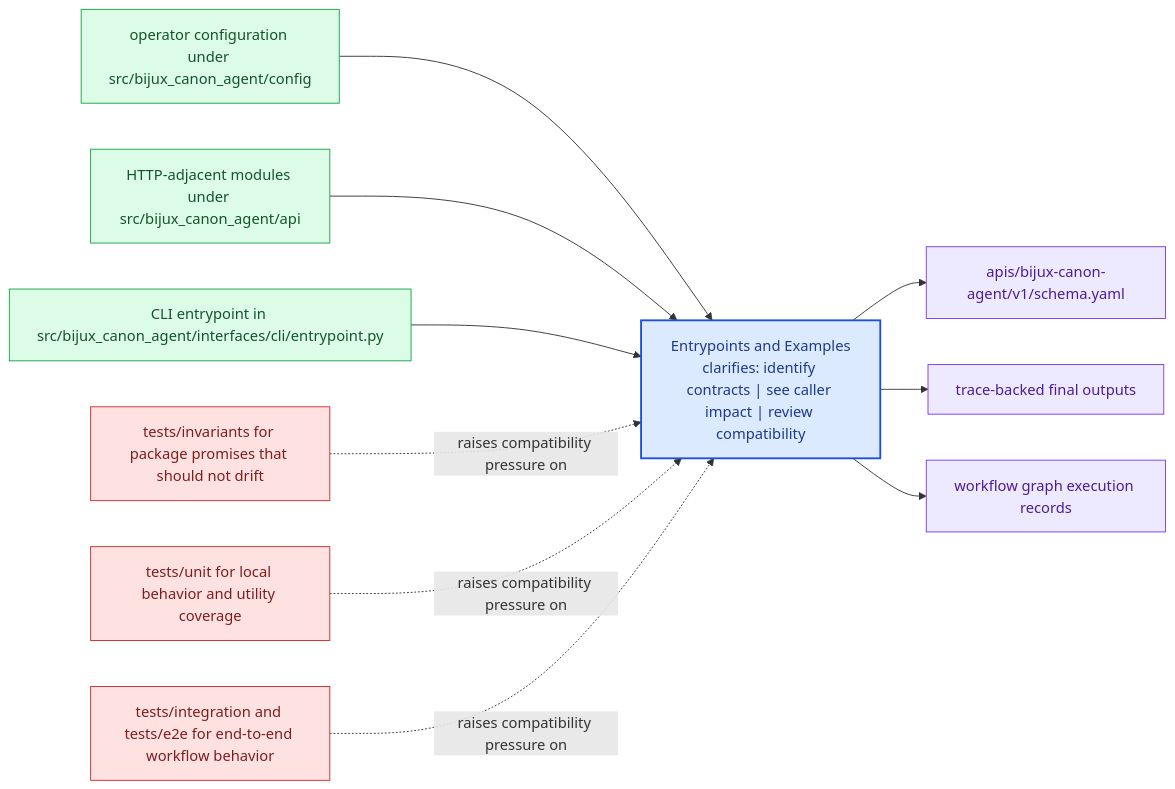
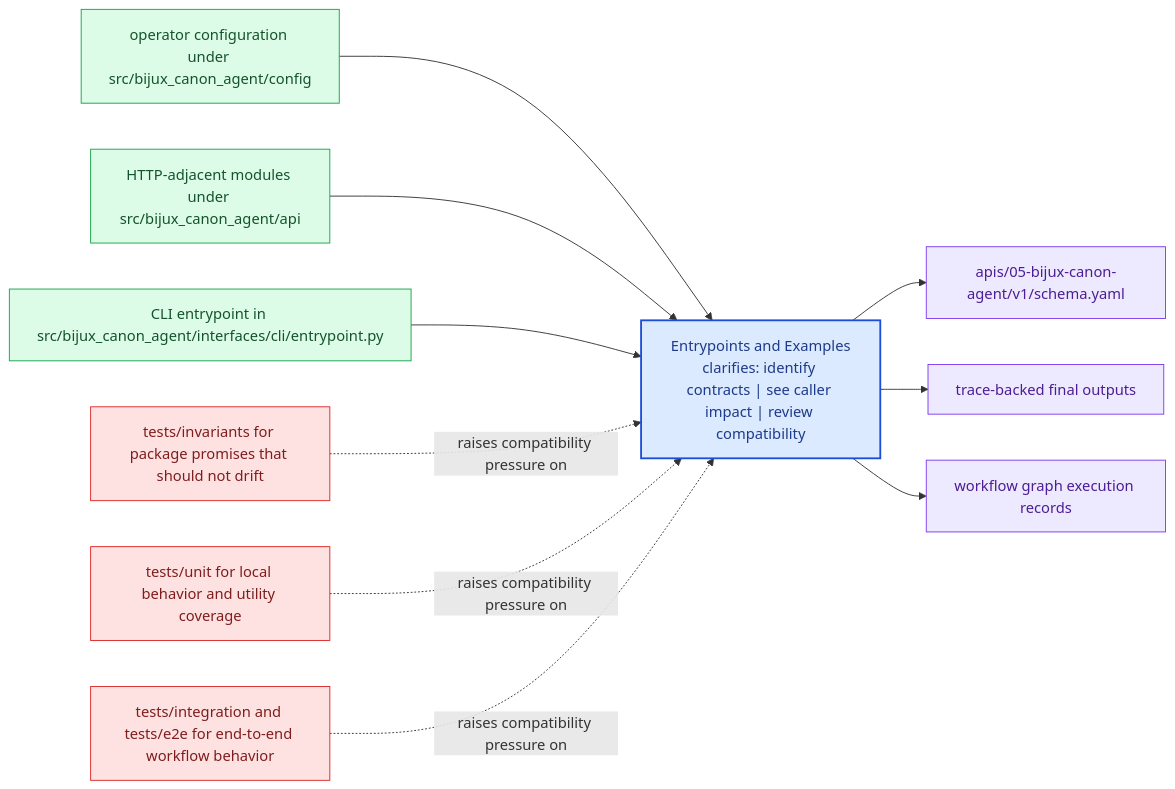
Before and after one commit to bijux/bijux-canon: the diagram in docs/05-bijux-canon-agent/interfaces/entrypoints-and-examples.md, drawn with Mermaid. The commit also changed other lines of this file and 167 other files, not shown here.

````diff
--- a/docs/05-bijux-canon-agent/interfaces/entrypoints-and-examples.md
+++ b/docs/05-bijux-canon-agent/interfaces/entrypoints-and-examples.md
@@ -22,31 +22,31 @@
 ```mermaid
 flowchart LR
     page["Entrypoints and Examples<br/>clarifies: identify contracts | see caller impact | review compatibility"]
     classDef page fill:#dbeafe,stroke:#1d4ed8,color:#1e3a8a,stroke-width:2px;
     classDef positive fill:#dcfce7,stroke:#16a34a,color:#14532d;
     classDef caution fill:#fee2e2,stroke:#dc2626,color:#7f1d1d;
     classDef anchor fill:#ede9fe,stroke:#7c3aed,color:#4c1d95;
     classDef action fill:#fef3c7,stroke:#d97706,color:#7c2d12;
     surface1["operator configuration under src/bijux_canon_agent/config"]
     surface1 --> page
     surface2["HTTP-adjacent modules under src/bijux_canon_agent/api"]
     surface2 --> page
     surface3["CLI entrypoint in src/bijux_canon_agent/interfaces/cli/entrypoint.py"]
     surface3 --> page
-    proof1["apis/bijux-canon-agent/v1/schema.yaml"]
+    proof1["apis/05-bijux-canon-agent/v1/schema.yaml"]
     page --> proof1
     proof2["trace-backed final outputs"]
     page --> proof2
     proof3["workflow graph execution records"]
     page --> proof3
     review1["tests/invariants for package promises that should not drift"]
     review1 -.raises compatibility pressure on.-> page
     review2["tests/unit for local behavior and utility coverage"]
     review2 -.raises compatibility pressure on.-> page
     review3["tests/integration and tests/e2e for end-to-end workflow behavior"]
     review3 -.raises compatibility pressure on.-> page
     class page page;
     class surface1,surface2,surface3 positive;
     class proof1,proof2,proof3 anchor;
     class review1,review2,review3 caution;
 ```
````
